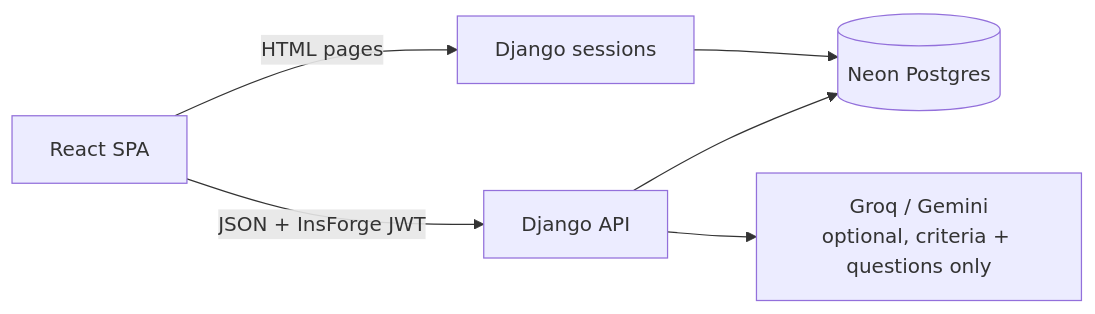
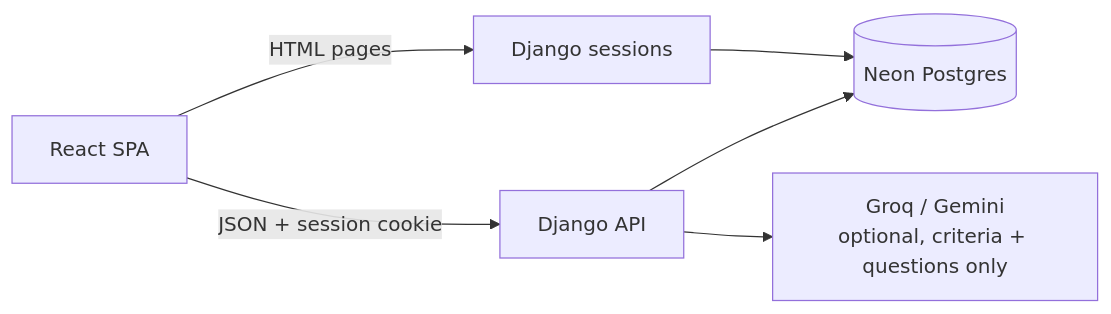
One commit to pawanriko/hiresense-ai changed the second of 2 diagrams in README.md. Above: the diagram before and after it, drawn with Mermaid. The commit also changed other lines of this file and 20 other files, not shown here.

Commit message:
feat: replace InsForge auth with Django-native login (allauth)

````diff
--- a/README.md
+++ b/README.md
@@ -37,8 +37,8 @@
 ```mermaid
 flowchart LR
-    Browser[React SPA] -->|JSON + InsForge JWT| API[Django API]
+    Browser[React SPA] -->|JSON + session cookie| API[Django API]
     Browser -->|HTML pages| Django[Django sessions]
     API --> DB[(Neon Postgres)]
     Django --> DB
     API --> AI[Groq / Gemini<br/>optional, criteria + questions only]
 ```
````
